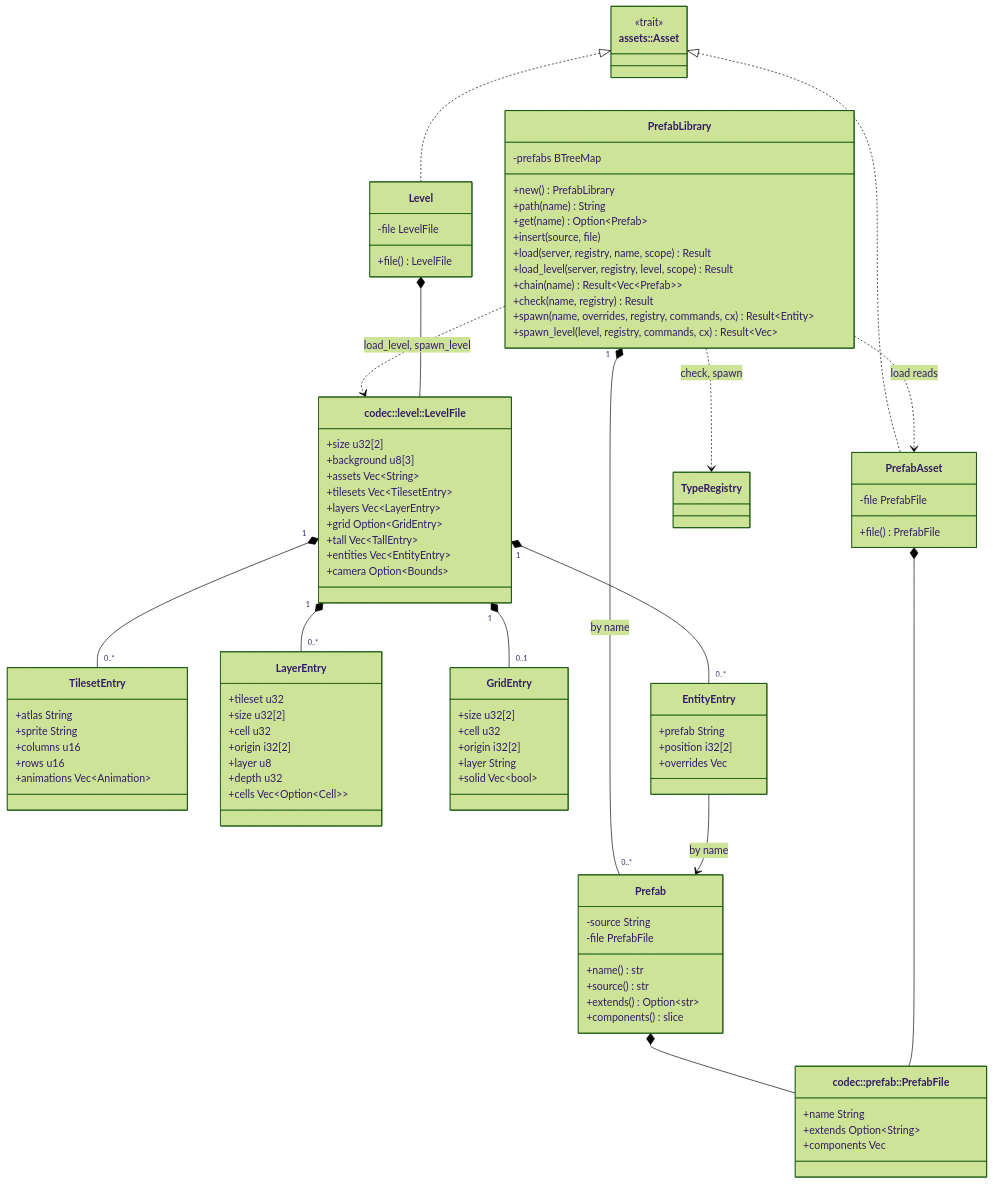
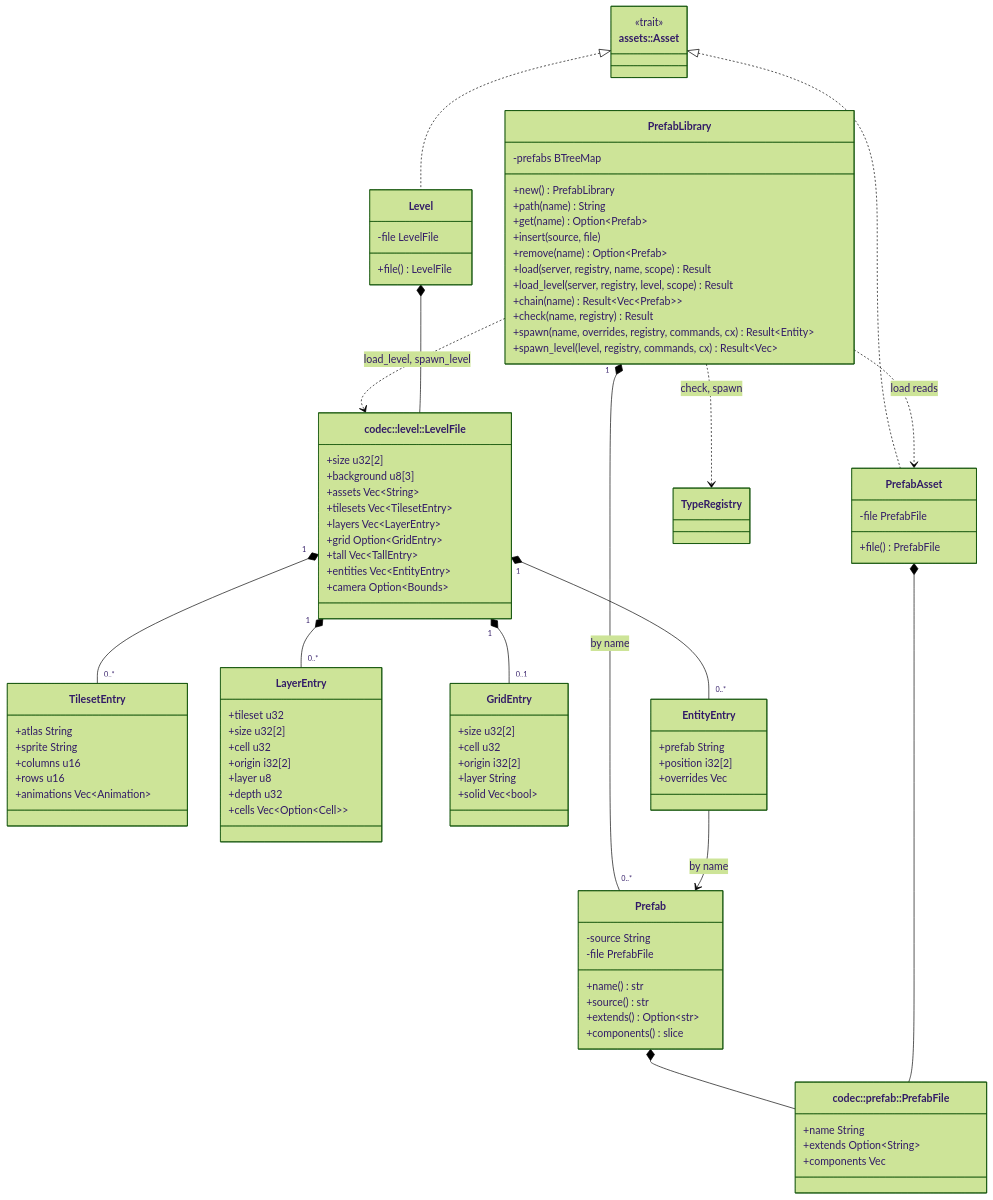
One commit to jabbott-iii/Nadir changed diagram 12 of 27 in diagrams/class-diagram.md. Above: the diagram before and after it, drawn with Mermaid (forest theme). The commit also changed other lines of this file and 33 other files, not shown here.

```diff
--- a/diagrams/class-diagram.md
+++ b/diagrams/class-diagram.md
@@ -917,6 +916,7 @@
         +path(name) String
         +get(name) Option~Prefab~
         +insert(source, file)
+        +remove(name) Option~Prefab~
         +load(server, registry, name, scope) Result
         +load_level(server, registry, level, scope) Result
         +chain(name) Result~Vec~Prefab~~
```
